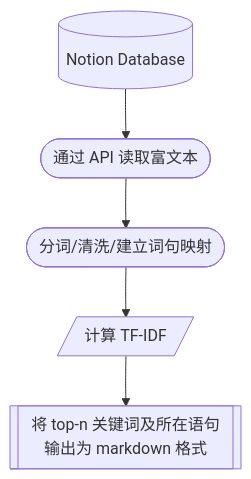
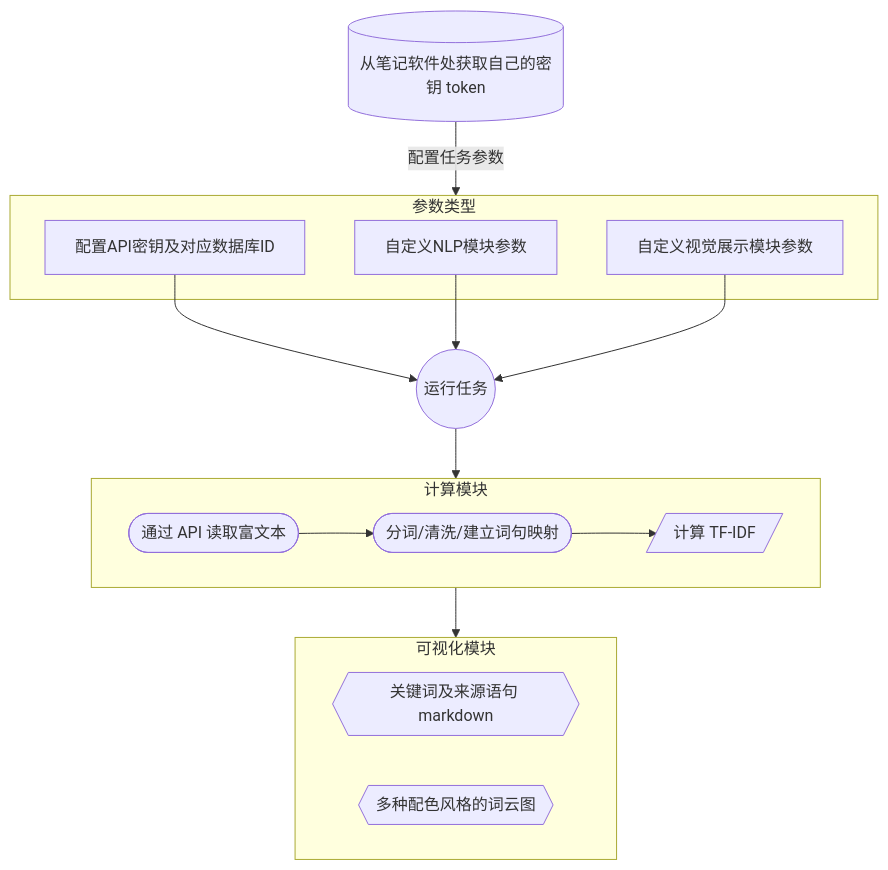
Before and after one commit to dario-github/notion-nlp: the diagram in README.zh.md, drawn with Mermaid. The commit also changed other lines of this file and 2 other files, not shown here.

Commit message:
:memo: 更新中文readme

````diff
--- a/README.zh.md
+++ b/README.zh.md
@@ -66,5 +66,30 @@
 ```mermaid
 flowchart TB
-
-A[(Notion Database)] --> B([通过 API 读取富文本]) --> C([分词/清洗/建立词句映射]) --> D[/计算 TF-IDF/] --> E[[将 top-n 关键词及所在语句输出为 markdown 格式]]
+A1[(从笔记软件处获取自己的密钥 token )]
+B2[自定义NLP模块参数]
+B3[自定义视觉展示模块参数]
+B1[配置API密钥及对应数据库ID]
+C1((运行任务))
+D1([通过 API 读取富文本]) 
+D2([分词/清洗/建立词句映射])
+D3[/计算 TF-IDF/]
+E1{{关键词及来源语句 markdown}}
+E2{{多种配色风格的词云图}}
+  
+  A1 -- 配置任务参数 --> 参数类型
+  subgraph 参数类型
+  B1
+  B2
+  B3
+  end
+  B1 & B2 & B3 --> C1
+  C1 --> 计算模块
+  subgraph 计算模块
+  D1 --> D2 --> D3
+  end
+  计算模块 --> 可视化模块
+  subgraph 可视化模块
+  E1
+  E2
+  end
 ```
````
